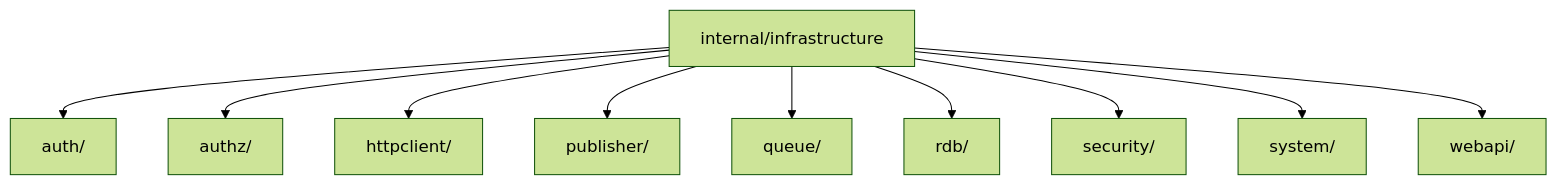
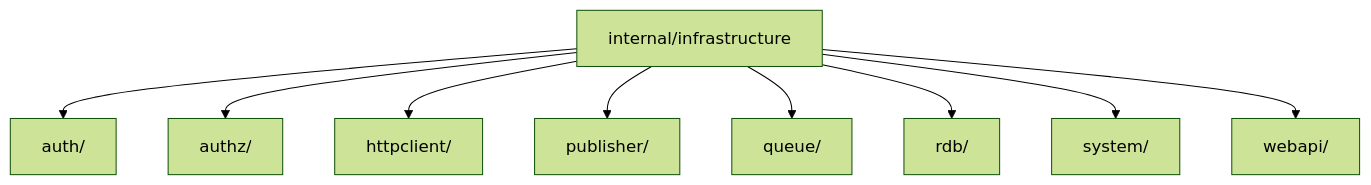
One commit to Tomy-ch/go-boilerplate changed the fourth of 5 diagrams in docs/portal/guides/infrastructure.md. Above: the diagram before and after it, drawn with Mermaid (forest theme). The commit also changed other lines of this file and 47 other files, not shown here.

````diff
--- a/docs/portal/guides/infrastructure.md
+++ b/docs/portal/guides/infrastructure.md
@@ -105,23 +105,21 @@
 ```mermaid
 flowchart TB
     Root["internal/infrastructure"]
     Auth["auth/"]
     Authz["authz/"]
     HTTP["httpclient/"]
     Pub["publisher/"]
     Queue["queue/"]
     RDB["rdb/"]
-    Sec["security/"]
     Sys["system/"]
     Web["webapi/"]
 
     Root --> Auth
     Root --> Authz
     Root --> HTTP
     Root --> Pub
     Root --> Queue
     Root --> RDB
-    Root --> Sec
     Root --> Sys
     Root --> Web
 ```
````
